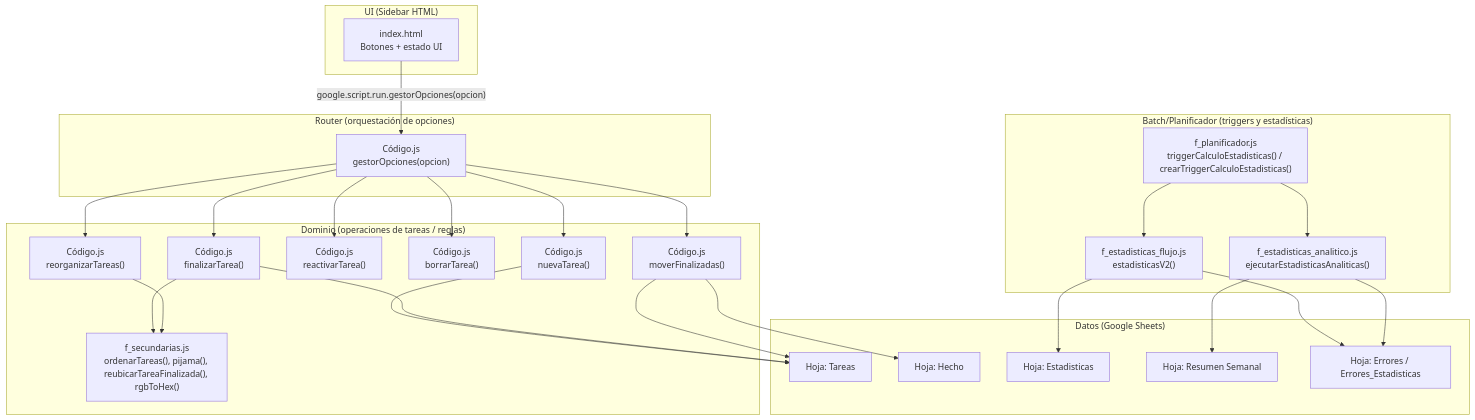
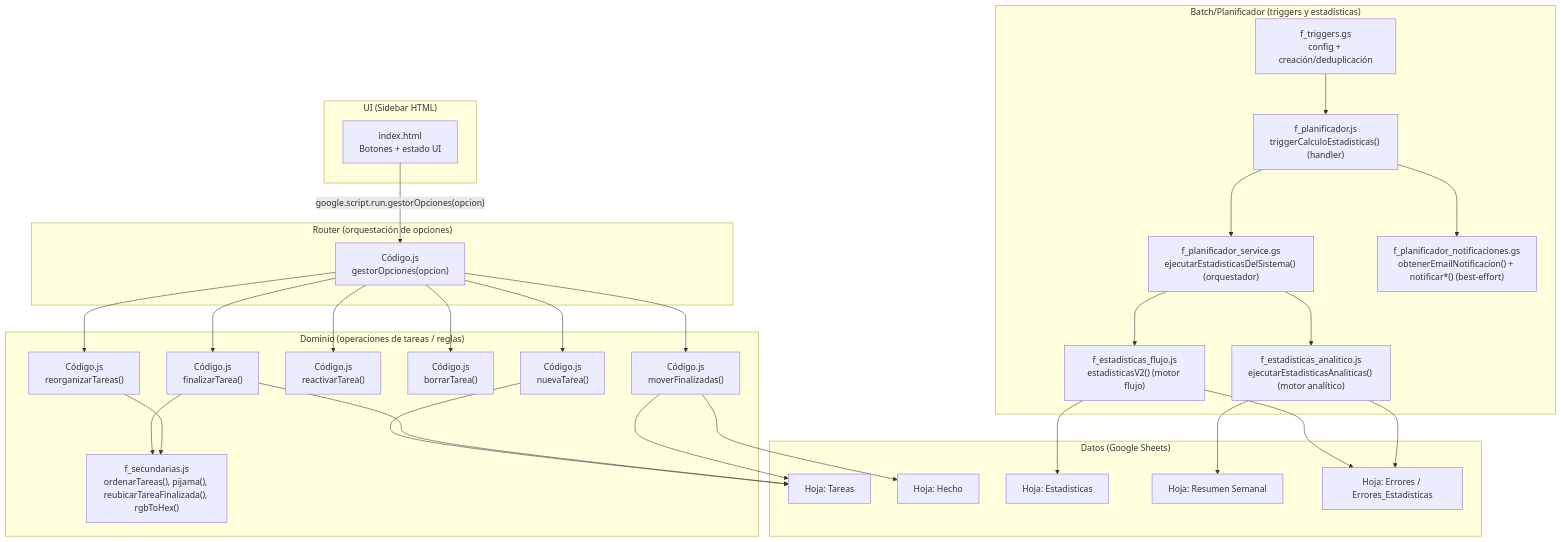
The diagram in docs/ARCHITECTURE.md (Luisky24/Gestion_Tareas_Susi), drawn with Mermaid before and after one commit. The commit also changed other lines of this file and 11 other files, not shown here.

````diff
--- a/docs/ARCHITECTURE.md
+++ b/docs/ARCHITECTURE.md
@@ -13,56 +13,62 @@
 ```mermaid
 flowchart TB
   subgraph UI["UI (Sidebar HTML)"]
     IDX["index.html<br/>Botones + estado UI"] 
   end
 
   subgraph Router["Router (orquestación de opciones)"]
     GO["Código.js<br/>gestorOpciones(opcion)"]
   end
 
   subgraph Domain["Dominio (operaciones de tareas / reglas)"]
     NT["Código.js<br/>nuevaTarea()"]
     FT["Código.js<br/>finalizarTarea()"]
     RT["Código.js<br/>reactivarTarea()"]
     BT["Código.js<br/>borrarTarea()"]
     REO["Código.js<br/>reorganizarTareas()"]
     MV["Código.js<br/>moverFinalizadas()"]
     AUX["f_secundarias.js<br/>ordenarTareas(), pijama(), reubicarTareaFinalizada(), rgbToHex()"]
   end
 
   subgraph BatchStats["Batch/Planificador (triggers y estadísticas)"]
-    TRG["f_planificador.js<br/>triggerCalculoEstadisticas() / crearTriggerCalculoEstadisticas()"]
-    EV2["f_estadisticas_flujo.js<br/>estadisticasV2()"]
-    ESEM["f_estadisticas_analitico.js<br/>ejecutarEstadisticasAnaliticas()"]
+    TRH["f_planificador.js<br/>triggerCalculoEstadisticas() (handler)"]
+    TRC["f_triggers.gs<br/>config + creación/deduplicación"]
+    SVC["f_planificador_service.gs<br/>ejecutarEstadisticasDelSistema() (orquestador)"]
+    EV2["f_estadisticas_flujo.js<br/>estadisticasV2() (motor flujo)"]
+    ESEM["f_estadisticas_analitico.js<br/>ejecutarEstadisticasAnaliticas() (motor analítico)"]
+    NTF["f_planificador_notificaciones.gs<br/>obtenerEmailNotificacion() + notificar*() (best-effort)"]
   end
 
   subgraph Data["Datos (Google Sheets)"]
     H_T["Hoja: Tareas"]
     H_H["Hoja: Hecho"]
     H_E["Hoja: Estadisticas"]
     H_RS["Hoja: Resumen Semanal"]
     H_ERR["Hoja: Errores / Errores_Estadisticas"]
   end
 
   IDX -->|"google.script.run.gestorOpciones(opcion)"| GO
   GO --> NT
   GO --> FT
   GO --> RT
   GO --> BT
   GO --> REO
   GO --> MV
 
   NT --> H_T
   FT --> H_T
   FT --> AUX
   REO --> AUX
   MV --> H_T
   MV --> H_H
 
-  TRG --> EV2
-  TRG --> ESEM
+  TRC --> TRH
+  TRH --> SVC
+  SVC --> EV2
+  SVC --> ESEM
+  TRH --> NTF
   EV2 --> H_E
   EV2 --> H_ERR
   ESEM --> H_RS
   ESEM --> H_ERR
 ```
````
